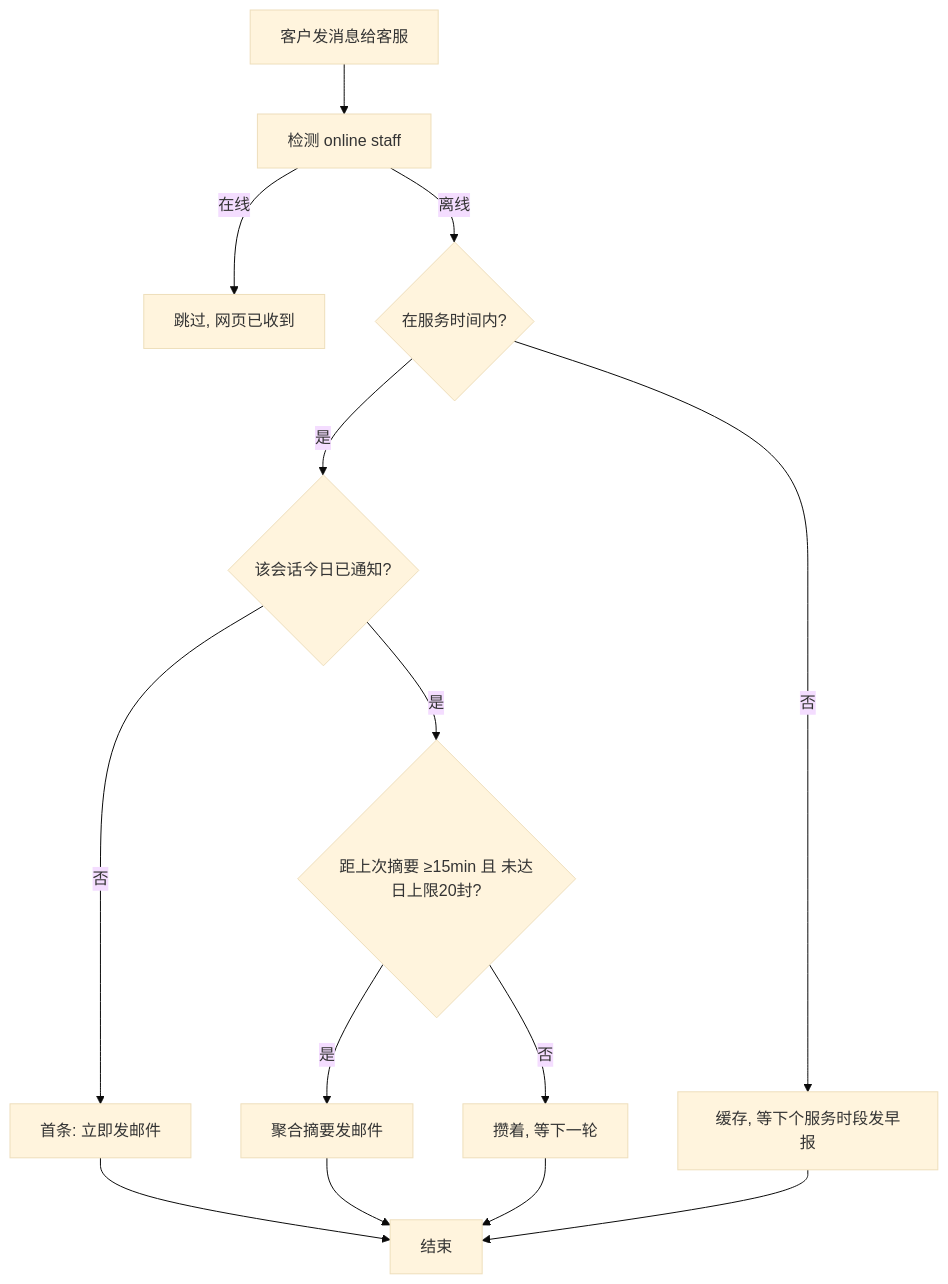
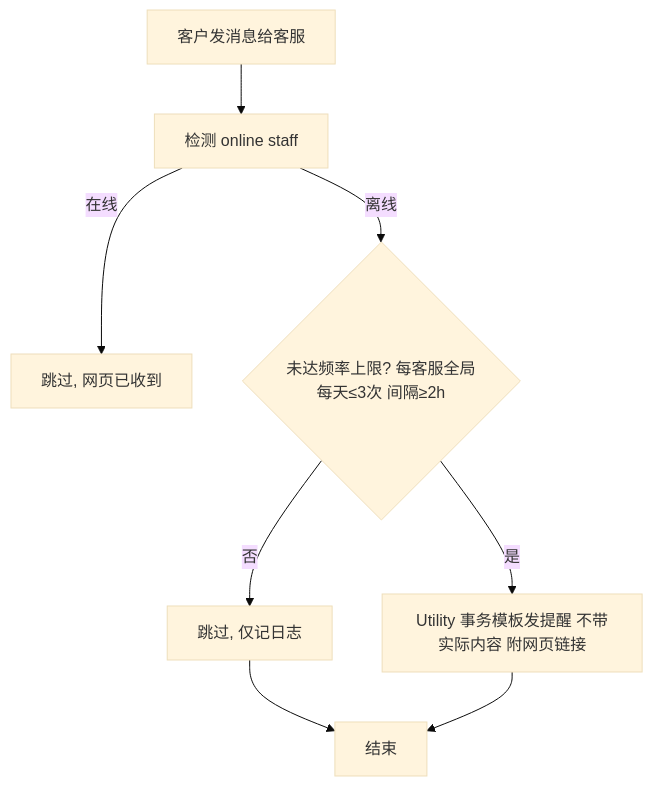
One commit to zran-nz/doc changed the second of 8 diagrams in fio/chat.md. Above: the diagram before and after it, drawn with Mermaid (base theme). The commit also changed other lines of this file, not shown here.

````diff
--- a/fio/chat.md
+++ b/fio/chat.md
@@ -35,16 +37,10 @@
 ```mermaid
 flowchart TD
     Start[客户发消息给客服] --> S1[检测 online staff]
     S1 -- 在线 --> S2[跳过, 网页已收到]
-    S1 -- 离线 --> S3{在服务时间内?}
-    S3 -- 是 --> S4{该会话今日已通知?}
-    S4 -- 否 --> S5[首条: 立即发邮件]
-    S4 -- 是 --> S6{距上次摘要 ≥15min 且 未达日上限20封?}
-    S6 -- 是 --> S7[聚合摘要发邮件]
-    S6 -- 否 --> S8[攒着, 等下一轮]
-    S3 -- 否 --> S9[缓存, 等下个服务时段发早报]
-    S5 --> End[结束]
+    S1 -- 离线 --> S5{未达频率上限? 每客服全局每天≤3次 间隔≥2h}
+    S5 -- 否 --> S6[跳过, 仅记日志]
+    S5 -- 是 --> S7[Utility 事务模板发提醒 不带实际内容 附网页链接]
+    S6 --> End[结束]
     S7 --> End
-    S8 --> End
-    S9 --> End
 ```
````
